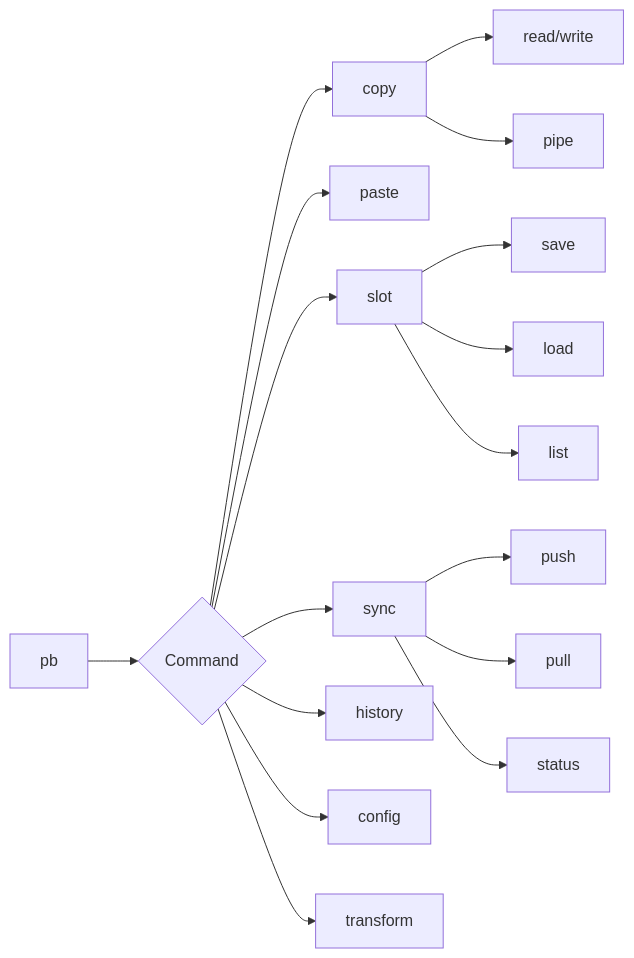
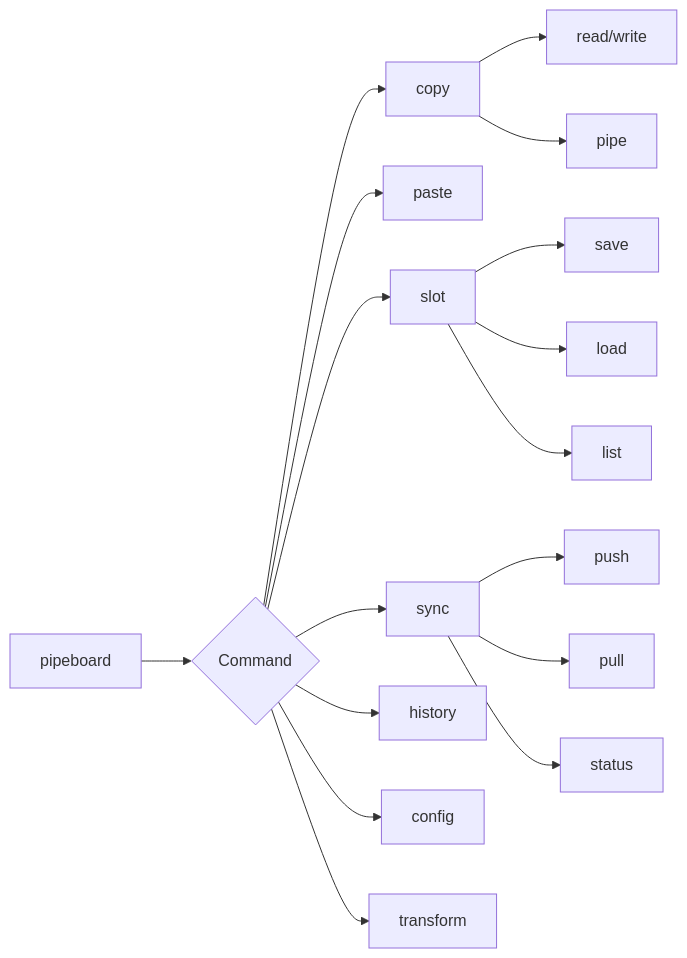
Before and after one commit to blackwell-systems/pipeboard: the third of 11 diagrams in docs/architecture.md, drawn with Mermaid. The commit also changed other lines of this file and 1 other file, not shown here.

First line of the commit message:
docs: Fix incorrect 'pb' command references

````diff
--- a/docs/architecture.md
+++ b/docs/architecture.md
@@ -80,22 +80,22 @@
 ```mermaid
 graph LR
-    A[pb] --> B{Command}
+    A[pipeboard] --> B{Command}
     B --> C[copy]
     B --> D[paste]
     B --> E[slot]
     B --> F[sync]
     B --> G[history]
     B --> H[config]
     B --> I[transform]
 
     C --> C1[read/write]
     C --> C2[pipe]
 
     E --> E1[save]
     E --> E2[load]
     E --> E3[list]
 
     F --> F1[push]
     F --> F2[pull]
     F --> F3[status]
 ```
````
